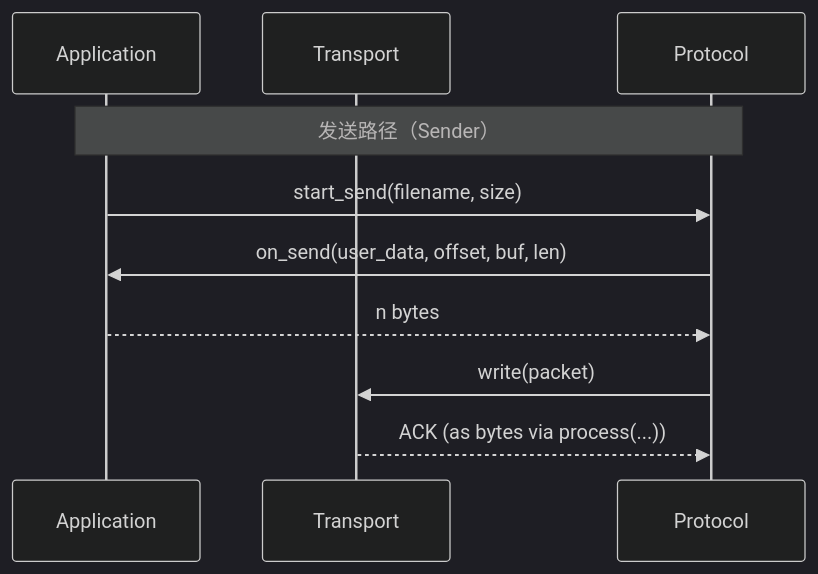
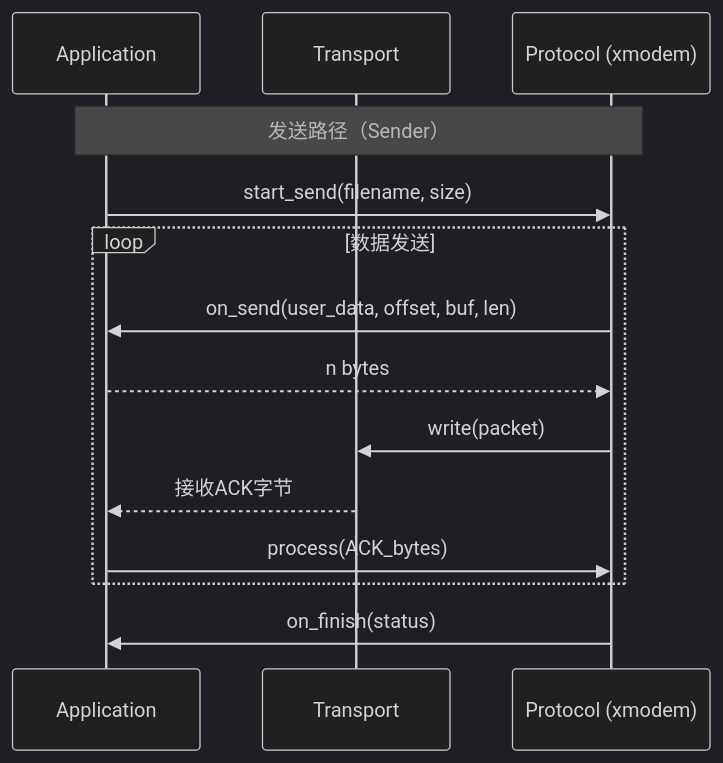
The third of 3 diagrams in src/em_protocol/em_protocol设计文档.md (luiox/libca), drawn with Mermaid (dark theme) before and after one commit. The commit also changed other lines of this file, not shown here.

First line of the commit message:
fix: 更新 em_protocol 设计文档代码示例以匹配当前 API

````diff
--- a/src/em_protocol/em_protocol设计文档.md
+++ b/src/em_protocol/em_protocol设计文档.md
@@ -130,14 +139,19 @@
 ```mermaid
-%% Sequence Diagram: 接收与发送 （Push model）
 sequenceDiagram
     participant App as Application
     participant Tr as Transport
-    participant P as Protocol
+    participant P as Protocol (xmodem)
 
     Note over App,P: 发送路径（Sender）
     App->>P: start_send(filename, size)
-    P->>App: on_send(user_data, offset, buf, len)
-    App-->>P: n bytes
-    P->>Tr: write(packet)
-    Tr-->>P: ACK (as bytes via process(...))
+    
+    loop 数据发送
+        P->>App: on_send(user_data, offset, buf, len)
+        App-->>P: n bytes
+        P->>Tr: write(packet)
+        Tr-->>App: 接收ACK字节
+        App->>P: process(ACK_bytes)
+    end
+    
+    P->>App: on_finish(status)
 ```
````
